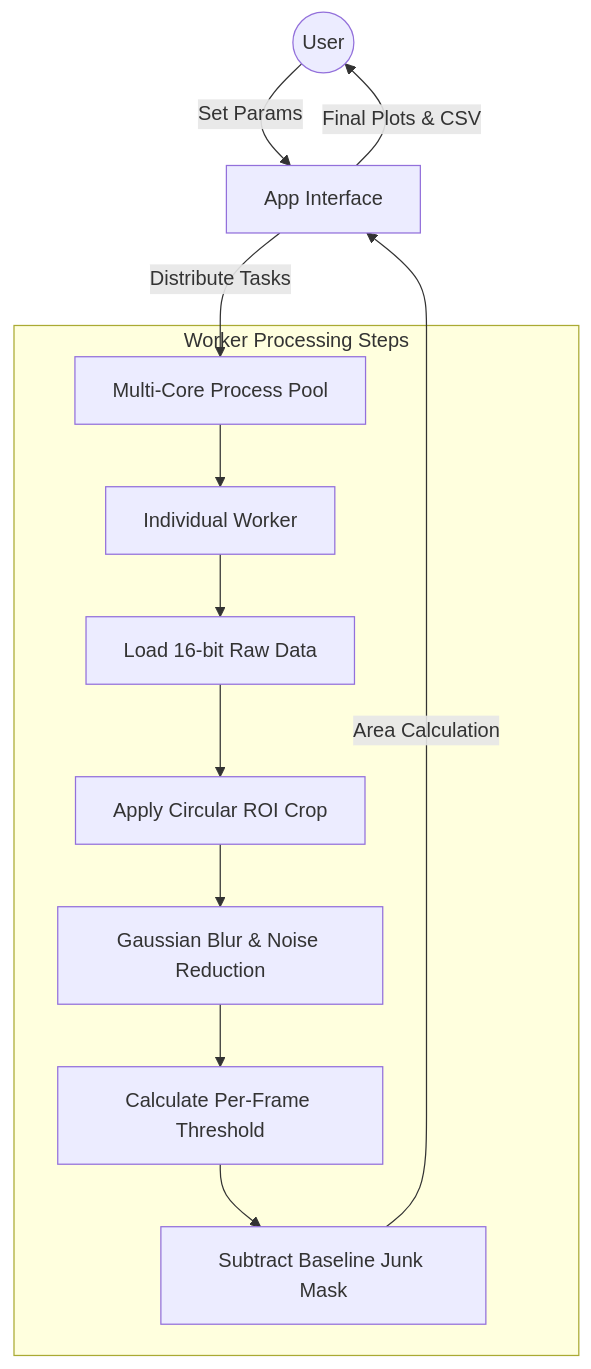
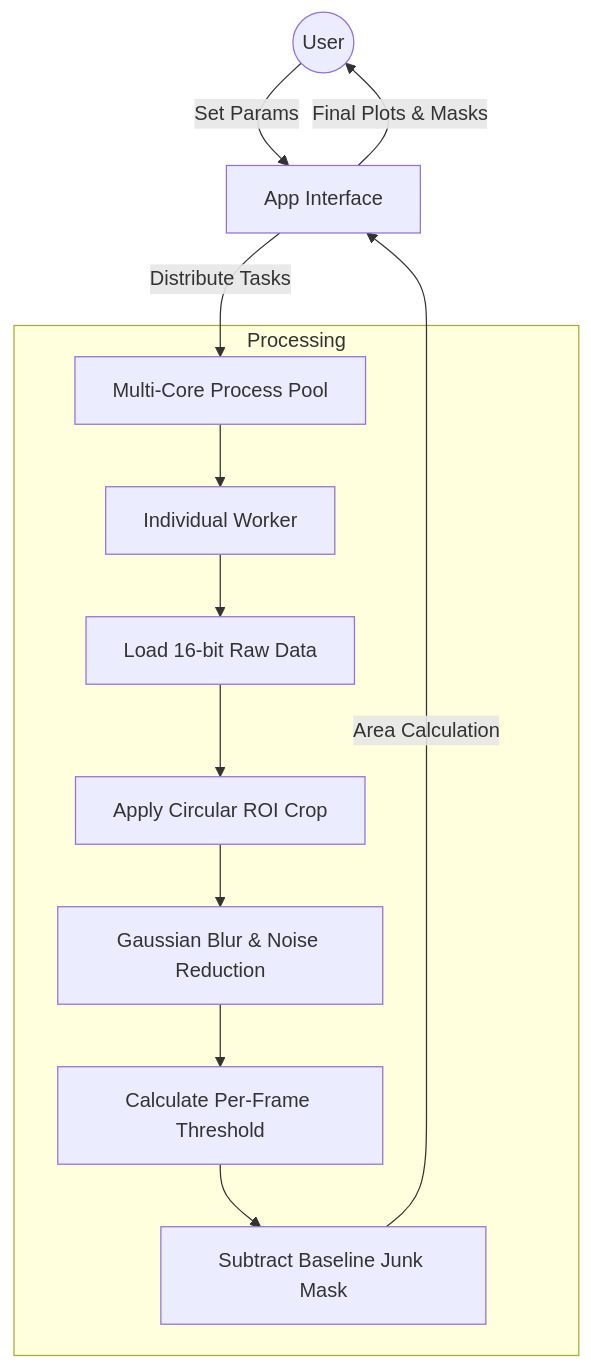
The diagram in README.md (wenkwonk/bacteriabouncer), drawn with Mermaid before and after one commit.

Commit message:
Adjusted wording

````diff
--- a/README.md
+++ b/README.md
@@ -11,17 +11,17 @@
 ```mermaid
 flowchart TD
     User((User)) -->|Set Params| GUI[App Interface]
     GUI -->|Distribute Tasks| Pool[Multi-Core Process Pool]
     
-    subgraph Analysis_Engine [Worker Processing Steps]
+    subgraph Analysis_Engine [Processing]
         Pool --> Worker[Individual Worker]
         Worker --> Step1[Load 16-bit Raw Data]
         Step1 --> Step2[Apply Circular ROI Crop]
         Step2 --> Step3[Gaussian Blur & Noise Reduction]
         Step3 --> Step4[Calculate Per-Frame Threshold]
         Step4 --> Step5[Subtract Baseline Junk Mask]
     end
     
     Step5 -->|Area Calculation| GUI
-    GUI -->|Final Plots & CSV| User
+    GUI -->|Final Plots & Masks| User
 ```
````
